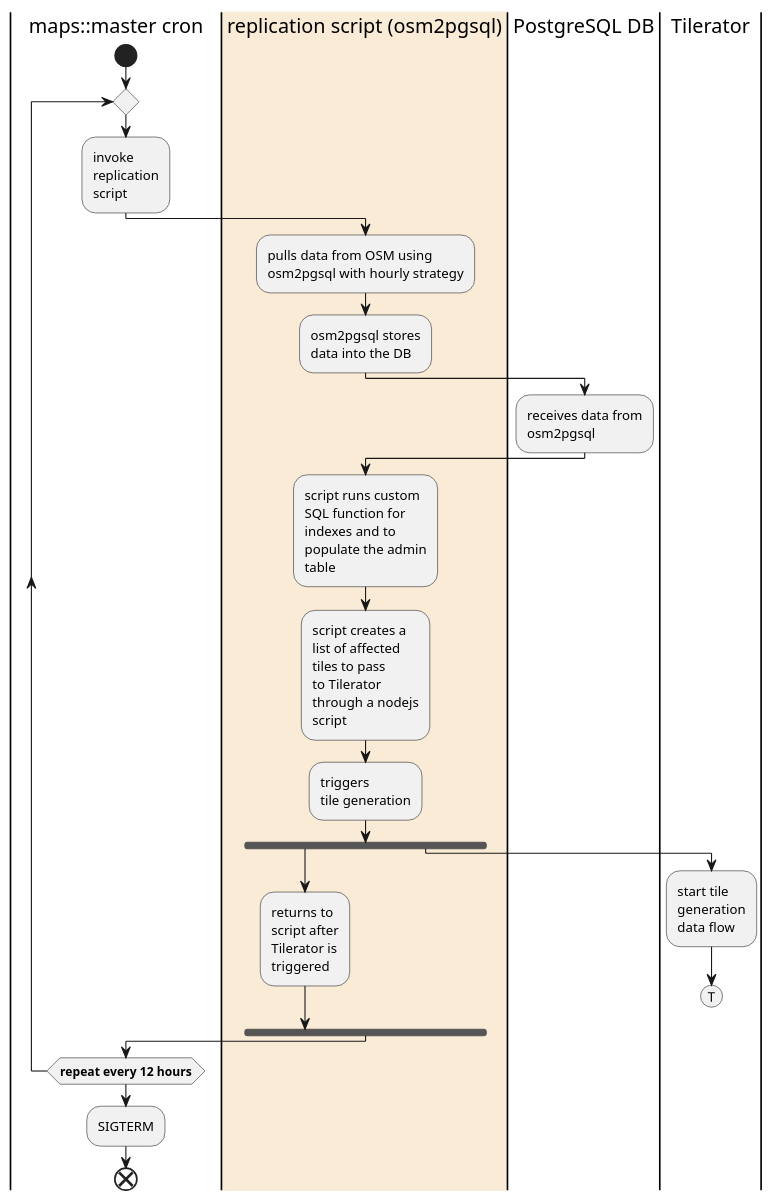
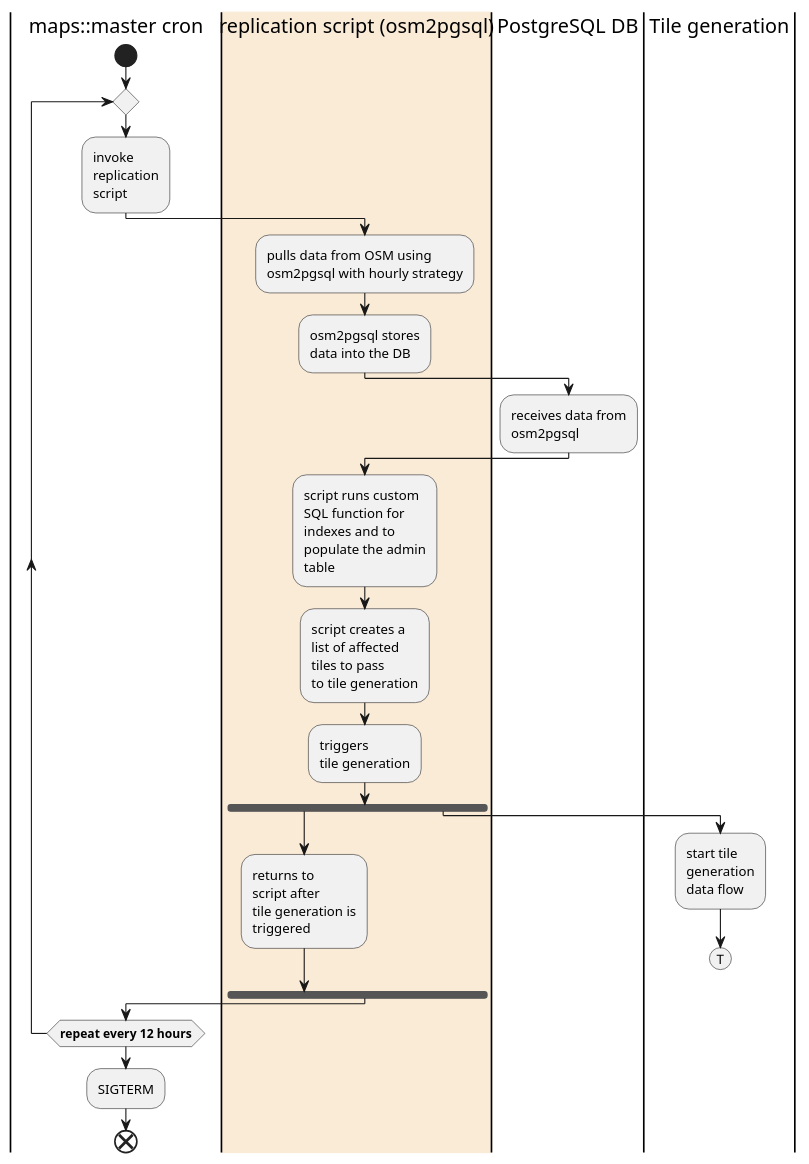
One commit to wikimedia/mediawiki-services-kartotherian changed the diagram in docs/diagrams/osmSyncDataFlow.puml. Above: the diagram before and after it, drawn with PlantUML. The commit also changed 133 other files, not shown here.

```diff
--- a/docs/diagrams/osmSyncDataFlow.puml
+++ b/docs/diagrams/osmSyncDataFlow.puml
@@ -1,49 +1,47 @@
 @startuml
 |maps::master cron|
 start
 repeat
 :invoke
 replication
 script;
 |#AntiqueWhite|replication script (osm2pgsql)|
 :pulls data from OSM using
 osm2pgsql with hourly strategy;
 :osm2pgsql stores
 data into the DB;
 |PostgreSQL DB|
 :receives data from
 osm2pgsql;
 |replication script (osm2pgsql)|
 :script runs custom
 SQL function for
 indexes and to
 populate the admin
 table;
 :script creates a
 list of affected
 tiles to pass
-to Tilerator
-through a nodejs
-script;
+to tile generation;
 :triggers
 tile generation;
 fork
 |replication script (osm2pgsql)|
 :returns to
 script after
-Tilerator is
+tile generation is
 triggered;
 fork again
-|Tilerator|
+|Tile generation|
 :start tile
 generation
 data flow;
 (T)
 detach
 |replication script (osm2pgsql)|
 end fork
 |maps::master cron|
 repeatwhile (<b>repeat every 12 hours)
 :SIGTERM;
 end
 @enduml
```
